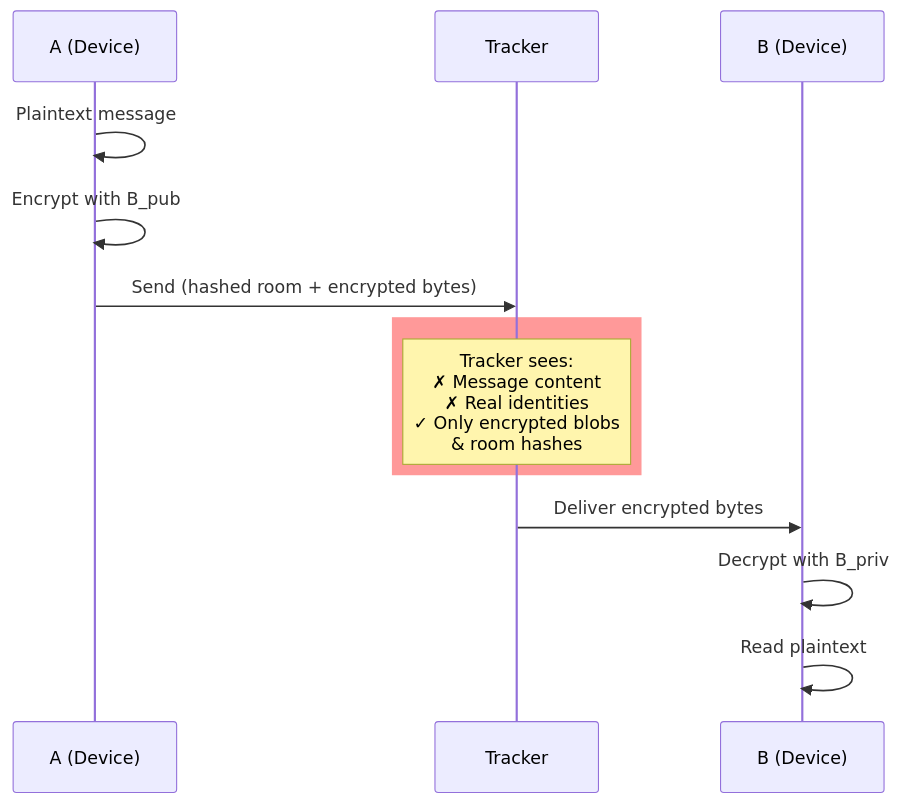
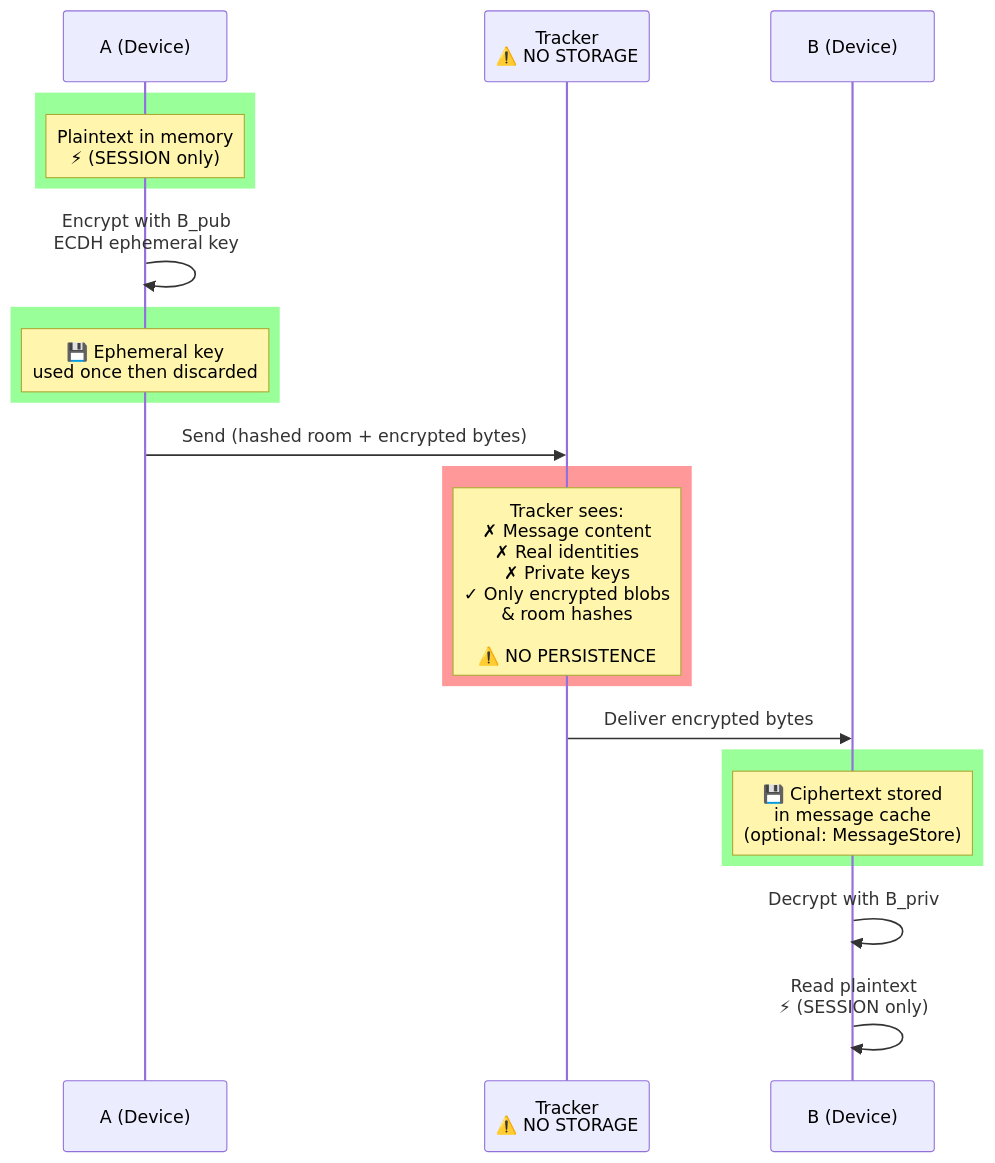
The eighth of 8 diagrams in README.md (davidevecchi/TruSTI), drawn with Mermaid before and after one commit. The commit also changed other lines of this file, not shown here.

````diff
--- a/README.md
+++ b/README.md
@@ -420,19 +473,31 @@
 ```mermaid
 sequenceDiagram
     participant A as A (Device)
-    participant T as Tracker
+    participant T as Tracker<br/>⚠️ NO STORAGE
     participant B as B (Device)
 
-    A->>A: Plaintext message
-    A->>A: Encrypt with B_pub
+    rect rgba(0, 255, 0, 0.4)
+    Note over A: Plaintext in memory<br/>⚡ (SESSION only)
+    end
+
+    A->>A: Encrypt with B_pub<br/>ECDH ephemeral key
+
+    rect rgba(0, 255, 0, 0.4)
+    Note over A: 💾 Ephemeral key<br/>used once then discarded
+    end
+
     A->>T: Send (hashed room + encrypted bytes)
 
     rect rgba(255, 0, 0, 0.4)
-    Note over T: Tracker sees:<br/>✗ Message content<br/>✗ Real identities<br/>✓ Only encrypted blobs<br/>& room hashes
+    Note over T: Tracker sees:<br/>✗ Message content<br/>✗ Real identities<br/>✗ Private keys<br/>✓ Only encrypted blobs<br/>& room hashes<br/><br/>⚠️ NO PERSISTENCE
     end
 
     T->>B: Deliver encrypted bytes
 
+    rect rgba(0, 255, 0, 0.4)
+    Note over B: 💾 Ciphertext stored<br/>in message cache<br/>(optional: MessageStore)
+    end
+
     B->>B: Decrypt with B_priv
-    B->>B: Read plaintext
+    B->>B: Read plaintext<br/>⚡ (SESSION only)
 ```
````
